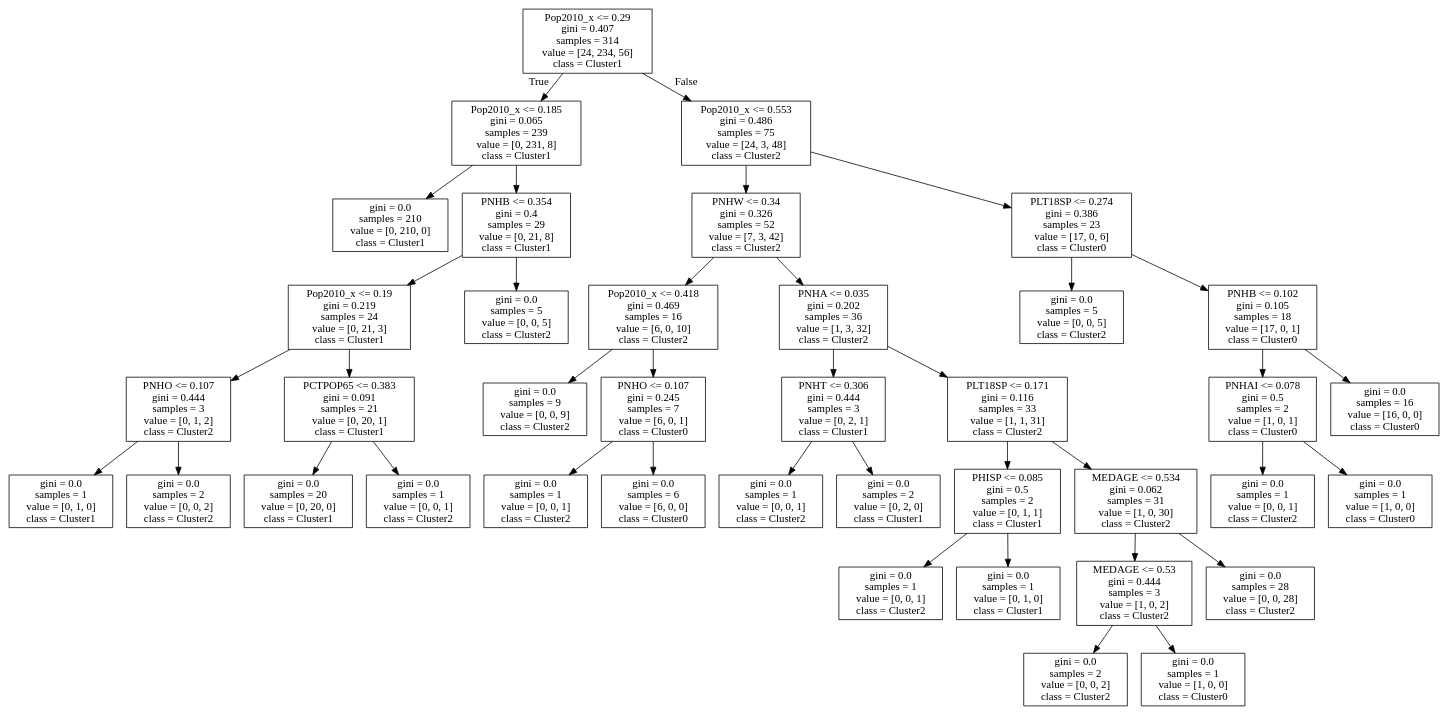
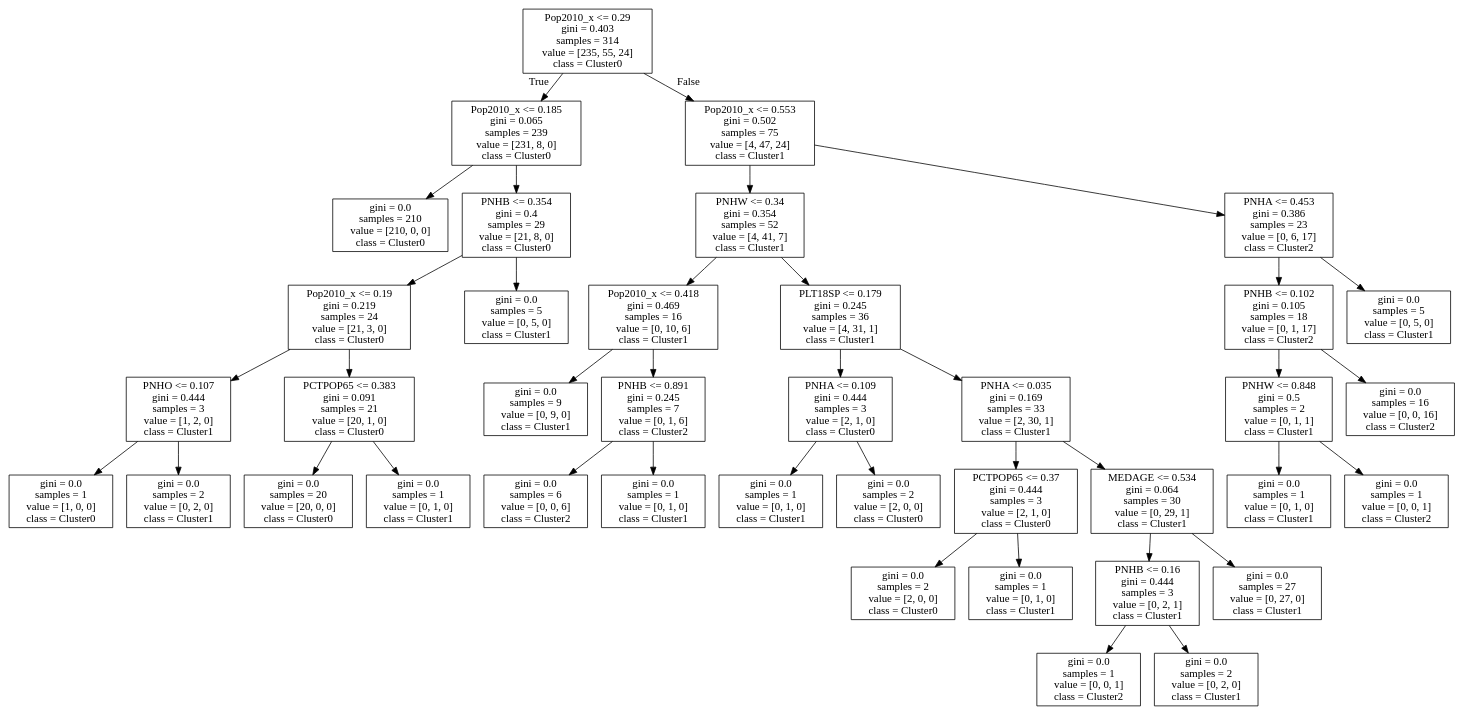
Before and after one commit to arunkulkarni95/COSC467_FinalProject: the diagram in tree.dot, drawn with Graphviz. The commit also changed 3 other files, not shown here.

```diff
--- a/tree.dot
+++ b/tree.dot
@@ -1,80 +1,80 @@
 digraph Tree {
 node [shape=box] ;
-0 [label="Pop2010_x <= 0.29\ngini = 0.407\nsamples = 314\nvalue = [24, 234, 56]\nclass = Cluster1"] ;
-1 [label="Pop2010_x <= 0.185\ngini = 0.065\nsamples = 239\nvalue = [0, 231, 8]\nclass = Cluster1"] ;
+0 [label="Pop2010_x <= 0.29\ngini = 0.403\nsamples = 314\nvalue = [235, 55, 24]\nclass = Cluster0"] ;
+1 [label="Pop2010_x <= 0.185\ngini = 0.065\nsamples = 239\nvalue = [231, 8, 0]\nclass = Cluster0"] ;
 0 -> 1 [labeldistance=2.5, labelangle=45, headlabel="True"] ;
-2 [label="gini = 0.0\nsamples = 210\nvalue = [0, 210, 0]\nclass = Cluster1"] ;
+2 [label="gini = 0.0\nsamples = 210\nvalue = [210, 0, 0]\nclass = Cluster0"] ;
 1 -> 2 ;
-3 [label="PNHB <= 0.354\ngini = 0.4\nsamples = 29\nvalue = [0, 21, 8]\nclass = Cluster1"] ;
+3 [label="PNHB <= 0.354\ngini = 0.4\nsamples = 29\nvalue = [21, 8, 0]\nclass = Cluster0"] ;
 1 -> 3 ;
-4 [label="Pop2010_x <= 0.19\ngini = 0.219\nsamples = 24\nvalue = [0, 21, 3]\nclass = Cluster1"] ;
+4 [label="Pop2010_x <= 0.19\ngini = 0.219\nsamples = 24\nvalue = [21, 3, 0]\nclass = Cluster0"] ;
 3 -> 4 ;
-5 [label="PNHO <= 0.107\ngini = 0.444\nsamples = 3\nvalue = [0, 1, 2]\nclass = Cluster2"] ;
+5 [label="PNHO <= 0.107\ngini = 0.444\nsamples = 3\nvalue = [1, 2, 0]\nclass = Cluster1"] ;
 4 -> 5 ;
-6 [label="gini = 0.0\nsamples = 1\nvalue = [0, 1, 0]\nclass = Cluster1"] ;
+6 [label="gini = 0.0\nsamples = 1\nvalue = [1, 0, 0]\nclass = Cluster0"] ;
 5 -> 6 ;
-7 [label="gini = 0.0\nsamples = 2\nvalue = [0, 0, 2]\nclass = Cluster2"] ;
+7 [label="gini = 0.0\nsamples = 2\nvalue = [0, 2, 0]\nclass = Cluster1"] ;
 5 -> 7 ;
-8 [label="PCTPOP65 <= 0.383\ngini = 0.091\nsamples = 21\nvalue = [0, 20, 1]\nclass = Cluster1"] ;
+8 [label="PCTPOP65 <= 0.383\ngini = 0.091\nsamples = 21\nvalue = [20, 1, 0]\nclass = Cluster0"] ;
 4 -> 8 ;
-9 [label="gini = 0.0\nsamples = 20\nvalue = [0, 20, 0]\nclass = Cluster1"] ;
+9 [label="gini = 0.0\nsamples = 20\nvalue = [20, 0, 0]\nclass = Cluster0"] ;
 8 -> 9 ;
-10 [label="gini = 0.0\nsamples = 1\nvalue = [0, 0, 1]\nclass = Cluster2"] ;
+10 [label="gini = 0.0\nsamples = 1\nvalue = [0, 1, 0]\nclass = Cluster1"] ;
 8 -> 10 ;
-11 [label="gini = 0.0\nsamples = 5\nvalue = [0, 0, 5]\nclass = Cluster2"] ;
+11 [label="gini = 0.0\nsamples = 5\nvalue = [0, 5, 0]\nclass = Cluster1"] ;
 3 -> 11 ;
-12 [label="Pop2010_x <= 0.553\ngini = 0.486\nsamples = 75\nvalue = [24, 3, 48]\nclass = Cluster2"] ;
+12 [label="Pop2010_x <= 0.553\ngini = 0.502\nsamples = 75\nvalue = [4, 47, 24]\nclass = Cluster1"] ;
 0 -> 12 [labeldistance=2.5, labelangle=-45, headlabel="False"] ;
-13 [label="PNHW <= 0.34\ngini = 0.326\nsamples = 52\nvalue = [7, 3, 42]\nclass = Cluster2"] ;
+13 [label="PNHW <= 0.34\ngini = 0.354\nsamples = 52\nvalue = [4, 41, 7]\nclass = Cluster1"] ;
 12 -> 13 ;
-14 [label="Pop2010_x <= 0.418\ngini = 0.469\nsamples = 16\nvalue = [6, 0, 10]\nclass = Cluster2"] ;
+14 [label="Pop2010_x <= 0.418\ngini = 0.469\nsamples = 16\nvalue = [0, 10, 6]\nclass = Cluster1"] ;
 13 -> 14 ;
-15 [label="gini = 0.0\nsamples = 9\nvalue = [0, 0, 9]\nclass = Cluster2"] ;
+15 [label="gini = 0.0\nsamples = 9\nvalue = [0, 9, 0]\nclass = Cluster1"] ;
 14 -> 15 ;
-16 [label="PNHO <= 0.107\ngini = 0.245\nsamples = 7\nvalue = [6, 0, 1]\nclass = Cluster0"] ;
+16 [label="PNHB <= 0.891\ngini = 0.245\nsamples = 7\nvalue = [0, 1, 6]\nclass = Cluster2"] ;
 14 -> 16 ;
-17 [label="gini = 0.0\nsamples = 1\nvalue = [0, 0, 1]\nclass = Cluster2"] ;
+17 [label="gini = 0.0\nsamples = 6\nvalue = [0, 0, 6]\nclass = Cluster2"] ;
 16 -> 17 ;
-18 [label="gini = 0.0\nsamples = 6\nvalue = [6, 0, 0]\nclass = Cluster0"] ;
+18 [label="gini = 0.0\nsamples = 1\nvalue = [0, 1, 0]\nclass = Cluster1"] ;
 16 -> 18 ;
-19 [label="PNHA <= 0.035\ngini = 0.202\nsamples = 36\nvalue = [1, 3, 32]\nclass = Cluster2"] ;
+19 [label="PLT18SP <= 0.179\ngini = 0.245\nsamples = 36\nvalue = [4, 31, 1]\nclass = Cluster1"] ;
 13 -> 19 ;
-20 [label="PNHT <= 0.306\ngini = 0.444\nsamples = 3\nvalue = [0, 2, 1]\nclass = Cluster1"] ;
+20 [label="PNHA <= 0.109\ngini = 0.444\nsamples = 3\nvalue = [2, 1, 0]\nclass = Cluster0"] ;
 19 -> 20 ;
-21 [label="gini = 0.0\nsamples = 1\nvalue = [0, 0, 1]\nclass = Cluster2"] ;
+21 [label="gini = 0.0\nsamples = 1\nvalue = [0, 1, 0]\nclass = Cluster1"] ;
 20 -> 21 ;
-22 [label="gini = 0.0\nsamples = 2\nvalue = [0, 2, 0]\nclass = Cluster1"] ;
+22 [label="gini = 0.0\nsamples = 2\nvalue = [2, 0, 0]\nclass = Cluster0"] ;
 20 -> 22 ;
-23 [label="PLT18SP <= 0.171\ngini = 0.116\nsamples = 33\nvalue = [1, 1, 31]\nclass = Cluster2"] ;
+23 [label="PNHA <= 0.035\ngini = 0.169\nsamples = 33\nvalue = [2, 30, 1]\nclass = Cluster1"] ;
 19 -> 23 ;
-24 [label="PHISP <= 0.085\ngini = 0.5\nsamples = 2\nvalue = [0, 1, 1]\nclass = Cluster1"] ;
+24 [label="PCTPOP65 <= 0.37\ngini = 0.444\nsamples = 3\nvalue = [2, 1, 0]\nclass = Cluster0"] ;
 23 -> 24 ;
-25 [label="gini = 0.0\nsamples = 1\nvalue = [0, 0, 1]\nclass = Cluster2"] ;
+25 [label="gini = 0.0\nsamples = 2\nvalue = [2, 0, 0]\nclass = Cluster0"] ;
 24 -> 25 ;
 26 [label="gini = 0.0\nsamples = 1\nvalue = [0, 1, 0]\nclass = Cluster1"] ;
 24 -> 26 ;
-27 [label="MEDAGE <= 0.534\ngini = 0.062\nsamples = 31\nvalue = [1, 0, 30]\nclass = Cluster2"] ;
+27 [label="MEDAGE <= 0.534\ngini = 0.064\nsamples = 30\nvalue = [0, 29, 1]\nclass = Cluster1"] ;
 23 -> 27 ;
-28 [label="MEDAGE <= 0.53\ngini = 0.444\nsamples = 3\nvalue = [1, 0, 2]\nclass = Cluster2"] ;
+28 [label="PNHB <= 0.16\ngini = 0.444\nsamples = 3\nvalue = [0, 2, 1]\nclass = Cluster1"] ;
 27 -> 28 ;
-29 [label="gini = 0.0\nsamples = 2\nvalue = [0, 0, 2]\nclass = Cluster2"] ;
+29 [label="gini = 0.0\nsamples = 1\nvalue = [0, 0, 1]\nclass = Cluster2"] ;
 28 -> 29 ;
-30 [label="gini = 0.0\nsamples = 1\nvalue = [1, 0, 0]\nclass = Cluster0"] ;
+30 [label="gini = 0.0\nsamples = 2\nvalue = [0, 2, 0]\nclass = Cluster1"] ;
 28 -> 30 ;
-31 [label="gini = 0.0\nsamples = 28\nvalue = [0, 0, 28]\nclass = Cluster2"] ;
+31 [label="gini = 0.0\nsamples = 27\nvalue = [0, 27, 0]\nclass = Cluster1"] ;
 27 -> 31 ;
-32 [label="PLT18SP <= 0.274\ngini = 0.386\nsamples = 23\nvalue = [17, 0, 6]\nclass = Cluster0"] ;
+32 [label="PNHA <= 0.453\ngini = 0.386\nsamples = 23\nvalue = [0, 6, 17]\nclass = Cluster2"] ;
 12 -> 32 ;
-33 [label="gini = 0.0\nsamples = 5\nvalue = [0, 0, 5]\nclass = Cluster2"] ;
+33 [label="PNHB <= 0.102\ngini = 0.105\nsamples = 18\nvalue = [0, 1, 17]\nclass = Cluster2"] ;
 32 -> 33 ;
-34 [label="PNHB <= 0.102\ngini = 0.105\nsamples = 18\nvalue = [17, 0, 1]\nclass = Cluster0"] ;
-32 -> 34 ;
-35 [label="PNHAI <= 0.078\ngini = 0.5\nsamples = 2\nvalue = [1, 0, 1]\nclass = Cluster0"] ;
+34 [label="PNHW <= 0.848\ngini = 0.5\nsamples = 2\nvalue = [0, 1, 1]\nclass = Cluster1"] ;
+33 -> 34 ;
+35 [label="gini = 0.0\nsamples = 1\nvalue = [0, 1, 0]\nclass = Cluster1"] ;
 34 -> 35 ;
 36 [label="gini = 0.0\nsamples = 1\nvalue = [0, 0, 1]\nclass = Cluster2"] ;
-35 -> 36 ;
-37 [label="gini = 0.0\nsamples = 1\nvalue = [1, 0, 0]\nclass = Cluster0"] ;
-35 -> 37 ;
-38 [label="gini = 0.0\nsamples = 16\nvalue = [16, 0, 0]\nclass = Cluster0"] ;
-34 -> 38 ;
+34 -> 36 ;
+37 [label="gini = 0.0\nsamples = 16\nvalue = [0, 0, 16]\nclass = Cluster2"] ;
+33 -> 37 ;
+38 [label="gini = 0.0\nsamples = 5\nvalue = [0, 5, 0]\nclass = Cluster1"] ;
+32 -> 38 ;
 }
```
